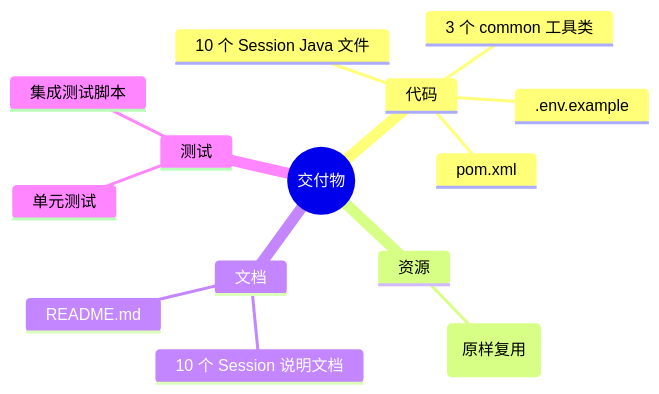
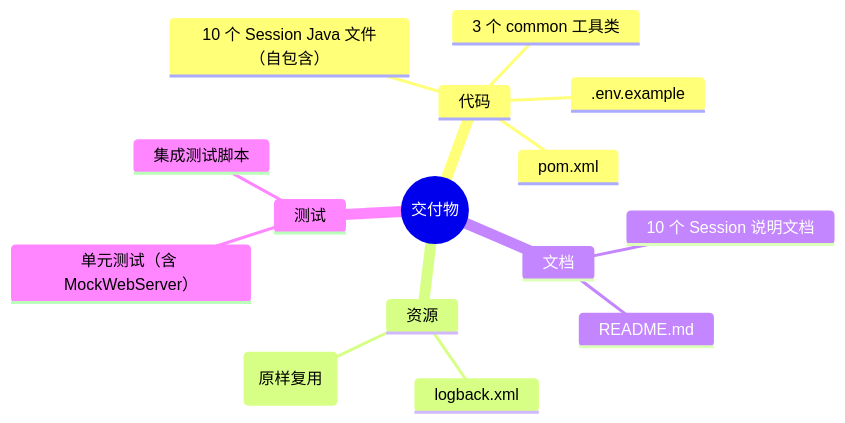
Before and after one commit to XianReallyHot-ZZH/OpenClaw-ZeroToOne: the second of 16 diagrams in specs/light-claw0-java-rewrite-plan.md, drawn with Mermaid. The commit also changed other lines of this file and 1 other file, not shown here.

Commit message:
docs: update chat.md and light-claw0-java-rewrite-plan

````diff
--- a/specs/light-claw0-java-rewrite-plan.md
+++ b/specs/light-claw0-java-rewrite-plan.md
@@ -87,17 +89,18 @@
 ```mermaid
 mindmap
     root((交付物))
         代码
-            10 个 Session Java 文件
+            10 个 Session Java 文件（自包含）
             3 个 common 工具类
             pom.xml
             .env.example
         资源
             workspace/ 目录 (原样复用)
+            logback.xml
         文档
             10 个 Session 说明文档
             README.md
         测试
-            单元测试
+            单元测试（含 MockWebServer）
             集成测试脚本
 ```
````
